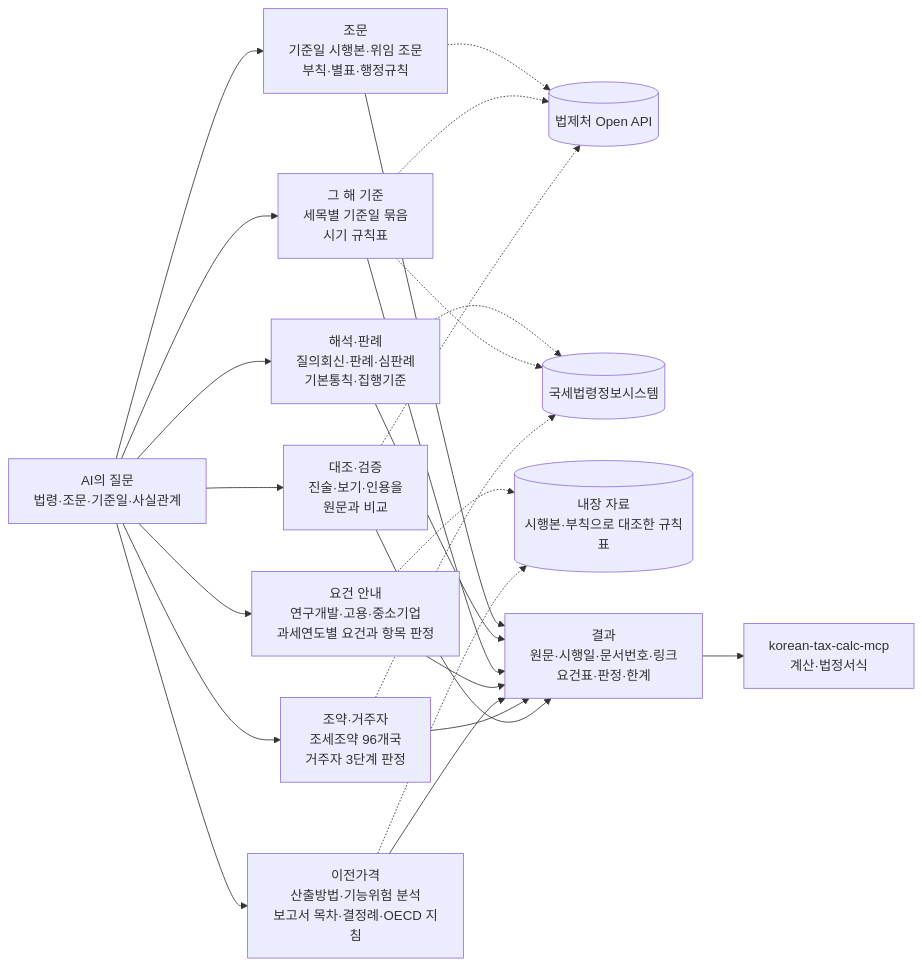
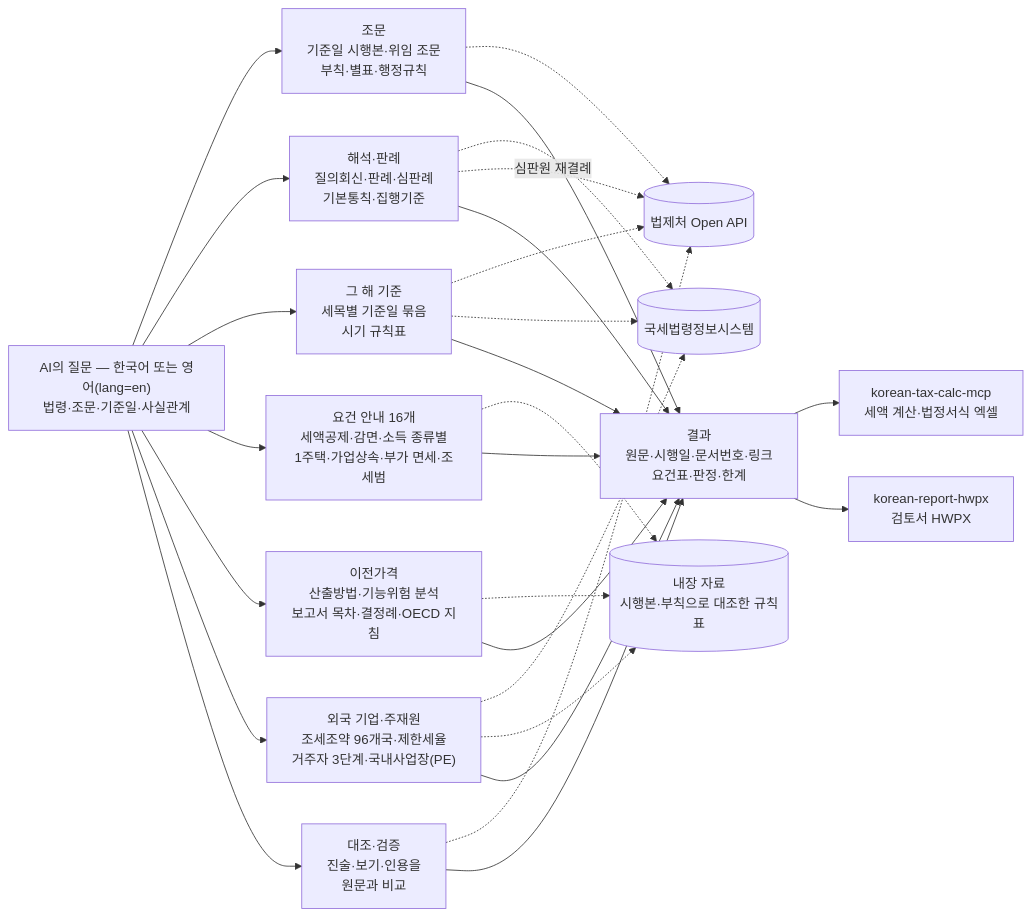
One commit to UpstageAI/korean-tax-mcp changed the first of 2 diagrams in README.md. Above: the diagram before and after it, drawn with Mermaid. The commit also changed other lines of this file and 10 other files, not shown here.

First line of the commit message:
docs: README·다이어그램 정리, 도구 설명 영어 첫 줄, 사례 링크, project_urls (0.15.3)

````diff
--- a/README.md
+++ b/README.md
@@ -21,27 +39,30 @@
 ```mermaid
 flowchart LR
-  Q["AI의 질문<br/>법령·조문·기준일·사실관계"]
+  Q["AI의 질문 — 한국어 또는 영어(lang=en)<br/>법령·조문·기준일·사실관계"]
   Q --> A["조문<br/>기준일 시행본·위임 조문<br/>부칙·별표·행정규칙"]
   Q --> B["해석·판례<br/>질의회신·판례·심판례<br/>기본통칙·집행기준"]
   Q --> C["그 해 기준<br/>세목별 기준일 묶음<br/>시기 규칙표"]
-  Q --> D["요건 안내<br/>연구개발·고용·중소기업<br/>과세연도별 요건과 항목 판정"]
+  Q --> D["요건 안내 16개<br/>세액공제·감면·소득 종류별<br/>1주택·가업상속·부가 면세·조세범"]
   Q --> E["이전가격<br/>산출방법·기능위험 분석<br/>보고서 목차·결정례·OECD 지침"]
-  Q --> F["조약·거주자<br/>조세조약 96개국<br/>거주자 3단계 판정"]
+  Q --> F["외국 기업·주재원<br/>조세조약 96개국·제한세율<br/>거주자 3단계·국내사업장(PE)"]
   Q --> G["대조·검증<br/>진술·보기·인용을<br/>원문과 비교"]
   A -.-> S1[("법제처 Open API")]
   B -.-> S2[("국세법령정보시스템")]
+  B -.->|심판원 재결례| S1
   C -.-> S1
   C -.-> S2
   F -.-> S2
   G -.-> S1
   D -.-> S3[("내장 자료<br/>시행본·부칙으로 대조한 규칙표")]
   E -.-> S3
+  F -.-> S3
   A --> R["결과<br/>원문·시행일·문서번호·링크<br/>요건표·판정·한계"]
   B --> R
   C --> R
   D --> R
   E --> R
   F --> R
   G --> R
-  R --> K["korean-tax-calc-mcp<br/>계산·법정서식"]
+  R --> K["korean-tax-calc-mcp<br/>세액 계산·법정서식 엑셀"]
+  R --> H["korean-report-hwpx<br/>검토서 HWPX"]
 ```
````
